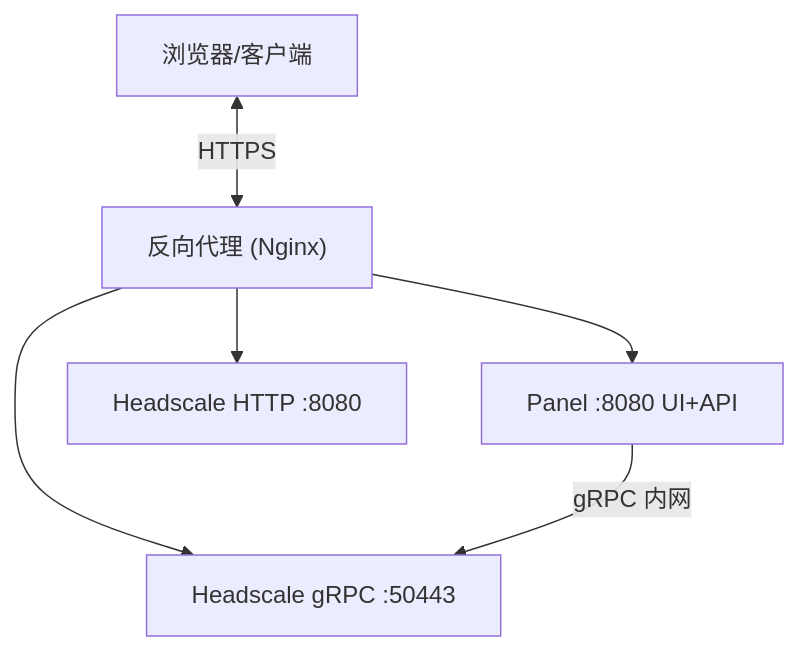
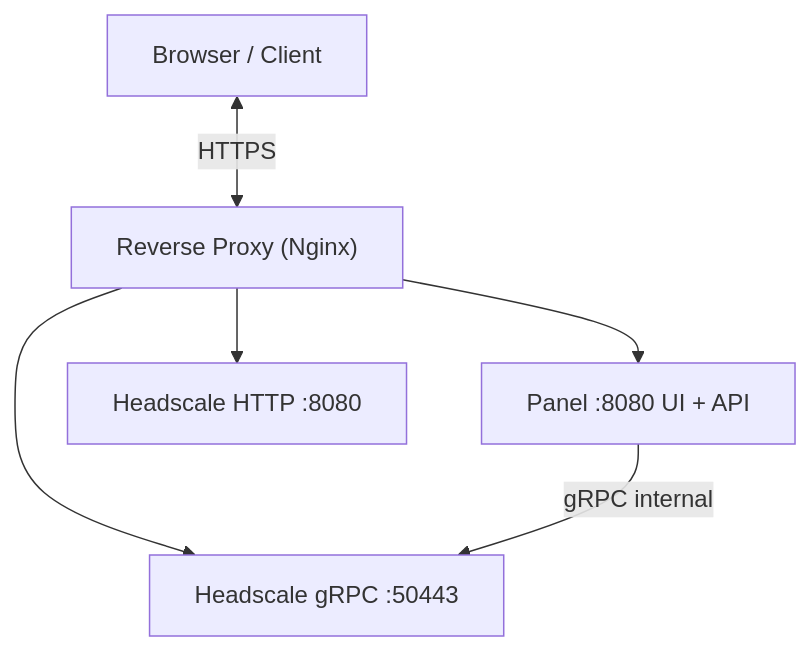
The diagram in README.md (headscale-panel/panel), drawn with Mermaid before and after one commit. The commit also changed other lines of this file and 1 other file, not shown here.

````diff
--- a/README.md
+++ b/README.md
@@ -159,10 +235,10 @@
 ```mermaid
 flowchart TB
-    A["浏览器/客户端"] <-->|HTTPS| B["反向代理 (Nginx)"]
+    A["Browser / Client"] <-->|HTTPS| B["Reverse Proxy (Nginx)"]
 
-    B --> C["Panel :8080 UI+API"]
+    B --> C["Panel :8080  UI + API"]
     B --> D["Headscale HTTP :8080"]
     B --> E["Headscale gRPC :50443"]
 
-    C -->|gRPC 内网| E
+    C -->|gRPC internal| E
 ```
````
